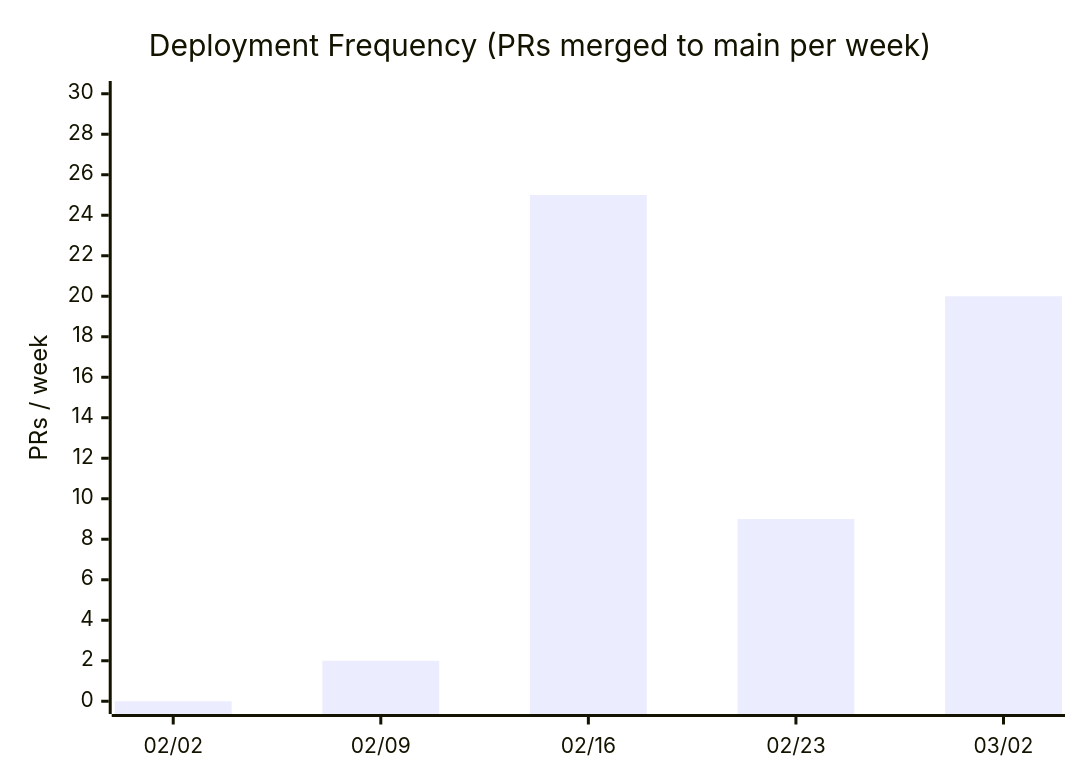
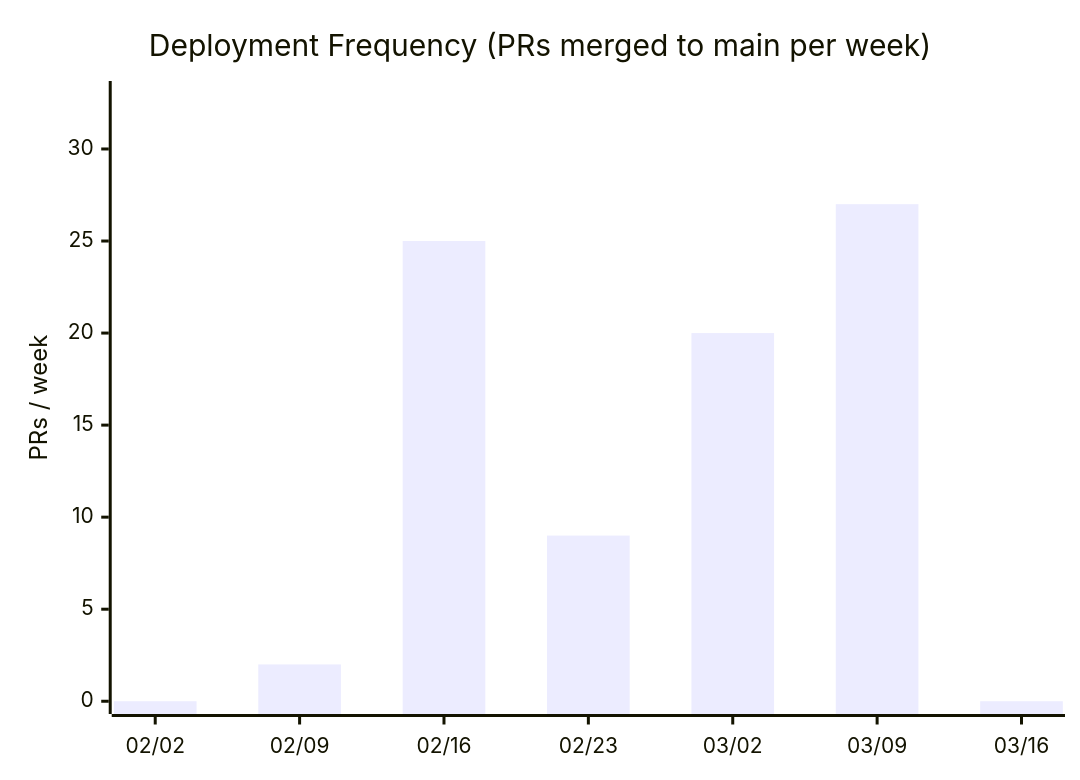
One commit to nablarch/nabledge-dev changed the first of 11 diagrams in docs/metrics.md. Above: the diagram before and after it, drawn with Mermaid. The commit also changed other lines of this file, not shown here.

````diff
--- a/docs/metrics.md
+++ b/docs/metrics.md
@@ -25,7 +25,7 @@
 ```mermaid
 xychart-beta
   title "Deployment Frequency (PRs merged to main per week)"
-  x-axis ["02/02", "02/09", "02/16", "02/23", "03/02"]
-  y-axis "PRs / week" 0 --> 30
-  bar [0, 2, 25, 9, 20]
+  x-axis ["02/02", "02/09", "02/16", "02/23", "03/02", "03/09", "03/16"]
+  y-axis "PRs / week" 0 --> 33
+  bar [0, 2, 25, 9, 20, 27, 0]
 ```
````
